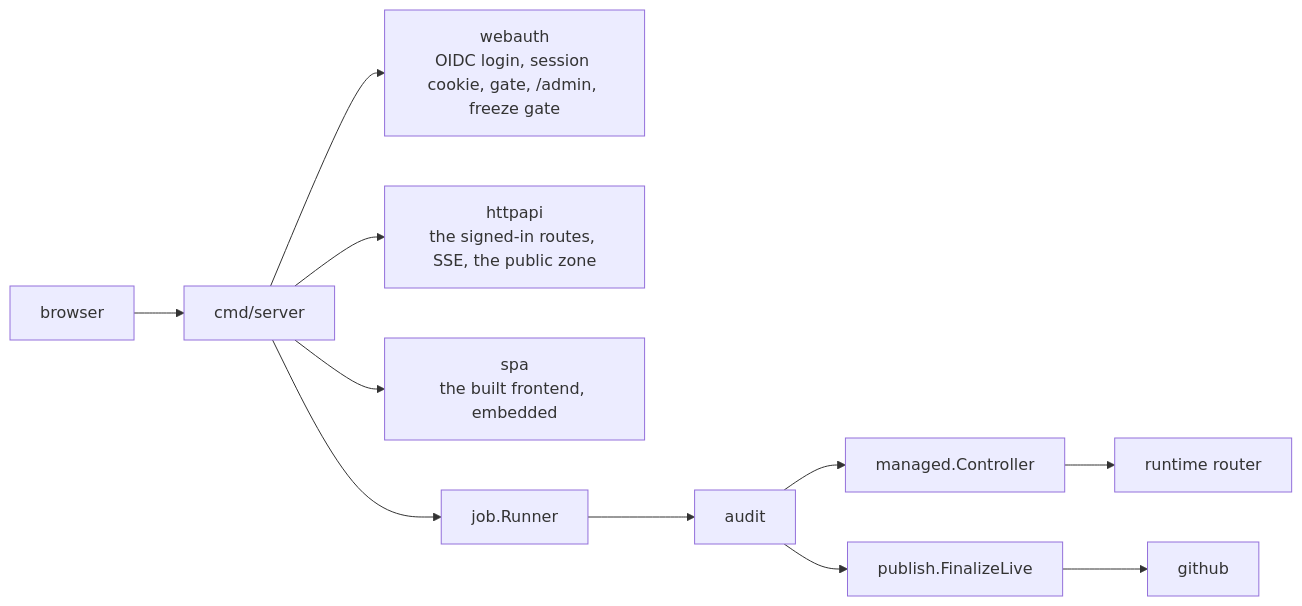
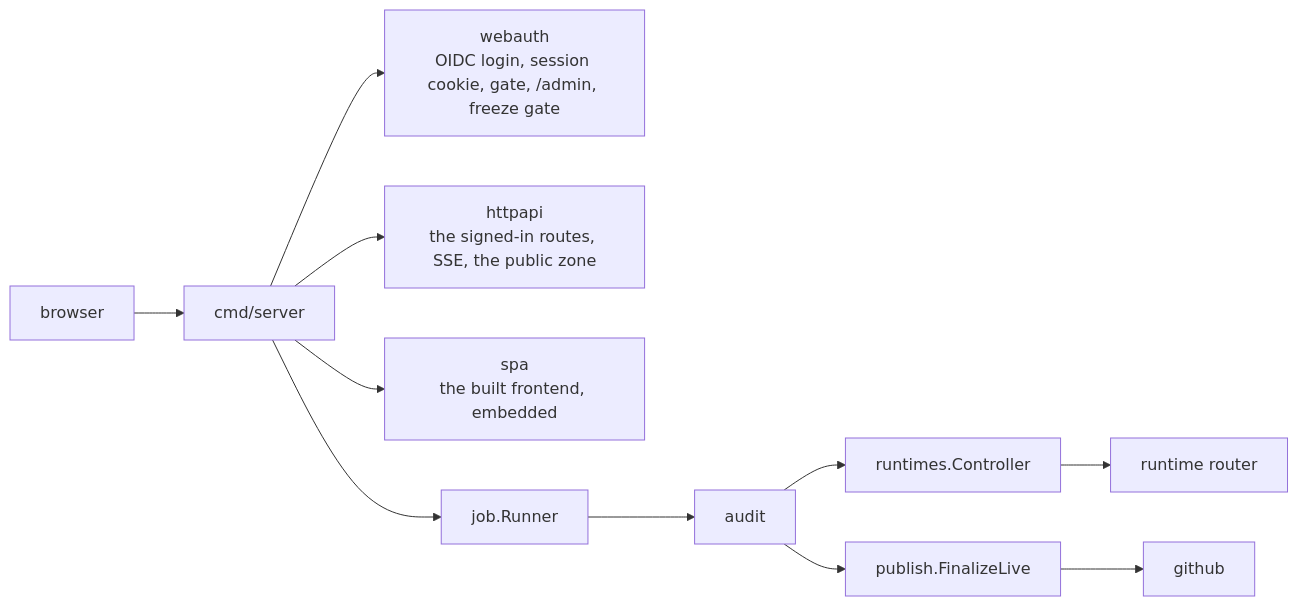
Before and after one commit to latere-ai/replichai: the second of 3 diagrams in docs/architecture.md, drawn with Mermaid. The commit also changed other lines of this file and 104 other files, not shown here.

Commit message:
runtimes: import the managed-session port in place of internal/managed

````diff
--- a/docs/architecture.md
+++ b/docs/architecture.md
@@ -24,13 +24,13 @@
 ```mermaid
 flowchart LR
     browser --> server["cmd/server"]
     server --> webauth["webauth<br/>OIDC login, session cookie, gate, /admin, freeze gate"]
     server --> httpapi["httpapi<br/>the signed-in routes, SSE, the public zone"]
     server --> spa["spa<br/>the built frontend, embedded"]
     server --> runner["job.Runner"]
     runner --> audit["audit"]
-    audit --> controller["managed.Controller"]
+    audit --> controller["runtimes.Controller"]
     controller --> router["runtime router"]
     audit --> finalize["publish.FinalizeLive"]
     finalize --> github["github"]
 ```
````
